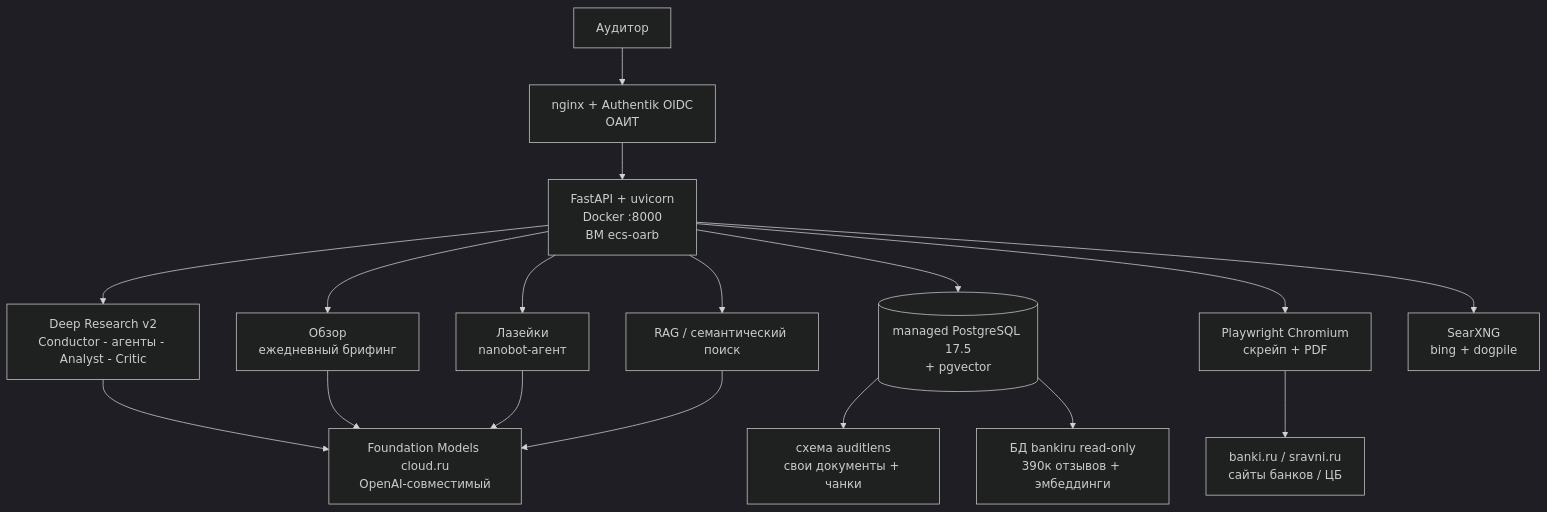
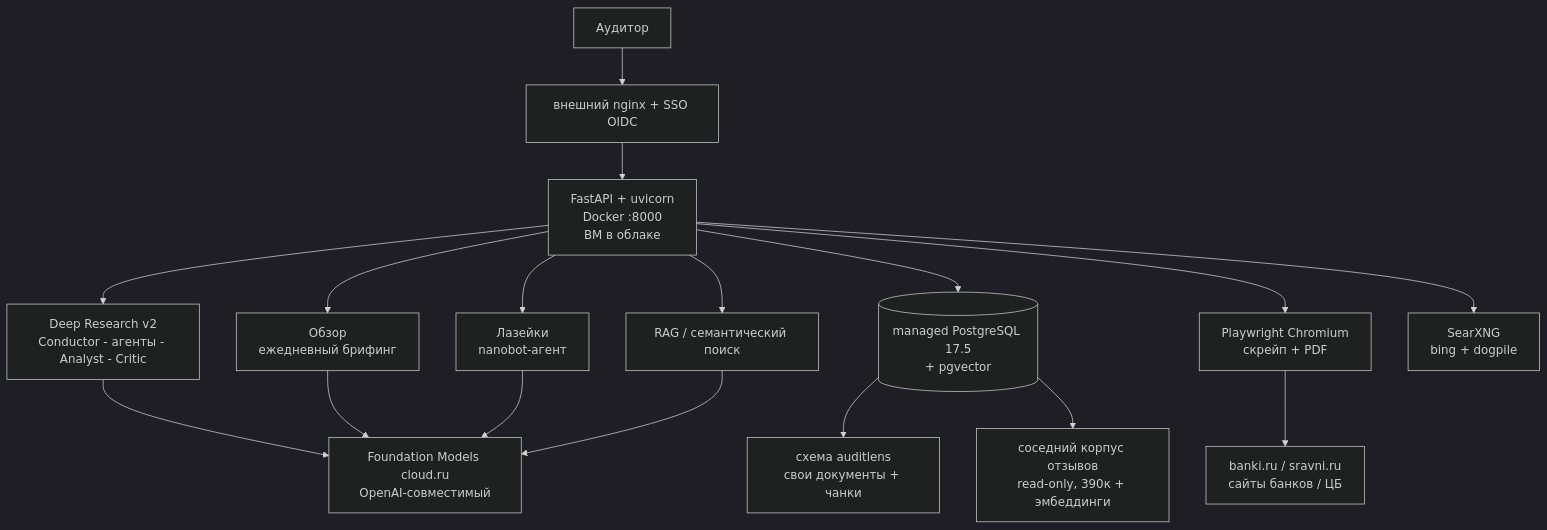
One commit to SashaEee/auditLens changed the first of 2 diagrams in docs/ARCHITECTURE.md. Above: the diagram before and after it, drawn with Mermaid (dark theme). The commit also changed other lines of this file and 1 other file, not shown here.

````diff
--- a/docs/ARCHITECTURE.md
+++ b/docs/ARCHITECTURE.md
@@ -21,23 +21,23 @@
 ```mermaid
 flowchart TB
-    U[Аудитор] --> NG[nginx + Authentik OIDC<br/>ОАИТ]
-    NG --> APP[FastAPI + uvicorn<br/>Docker :8000<br/>ВМ ecs-oarb]
+    U[Аудитор] --> NG[внешний nginx + SSO OIDC]
+    NG --> APP[FastAPI + uvicorn<br/>Docker :8000<br/>ВМ в облаке]
 
     APP --> DR[Deep Research v2<br/>Conductor - агенты - Analyst - Critic]
     APP --> DG[Обзор<br/>ежедневный брифинг]
     APP --> LH[Лазейки<br/>nanobot-агент]
     APP --> RAG[RAG / семантический поиск]
 
     DR --> FM[Foundation Models cloud.ru<br/>OpenAI-совместимый]
     DG --> FM
     LH --> FM
     RAG --> FM
 
     APP --> PG[(managed PostgreSQL 17.5<br/>+ pgvector)]
     PG --> SCH1[схема auditlens<br/>свои документы + чанки]
-    PG --> SCH2[БД bankiru read-only<br/>390к отзывов + эмбеддинги]
+    PG --> SCH2[соседний корпус отзывов<br/>read-only, 390к + эмбеддинги]
 
     APP --> PW[Playwright Chromium<br/>скрейп + PDF]
     PW --> WEB[banki.ru / sravni.ru<br/>сайты банков / ЦБ]
     APP --> SX[SearXNG<br/>bing + dogpile]
 ```
````
